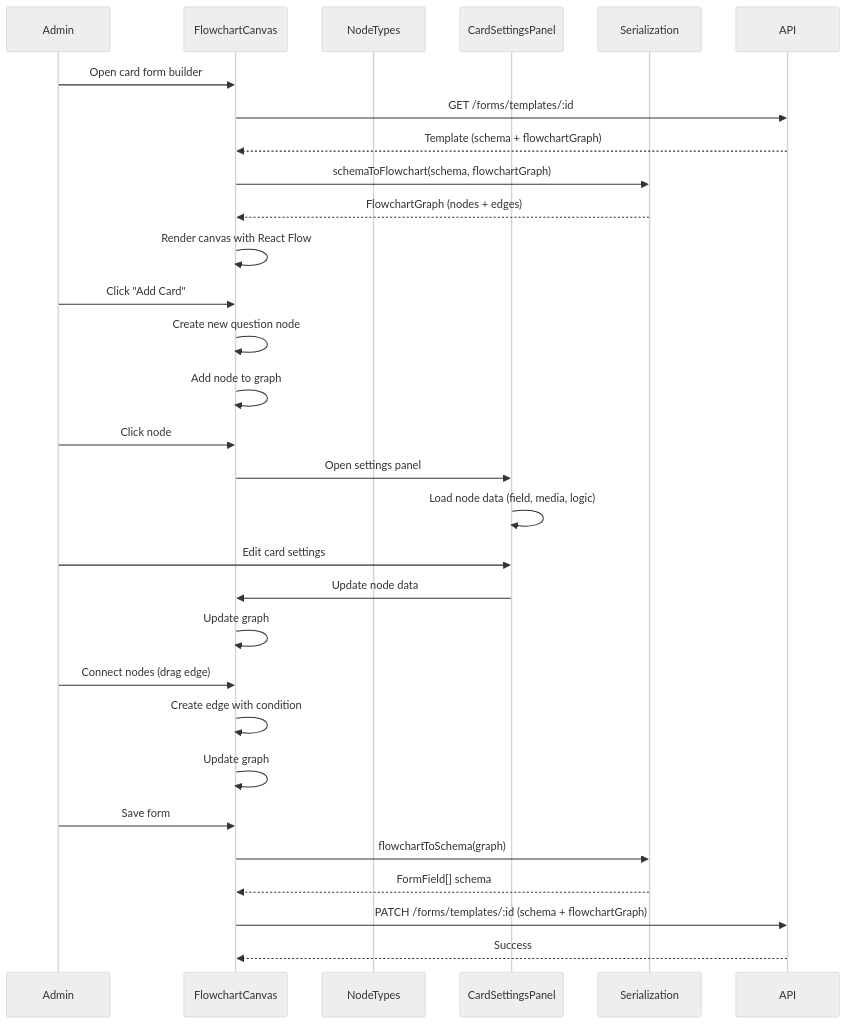
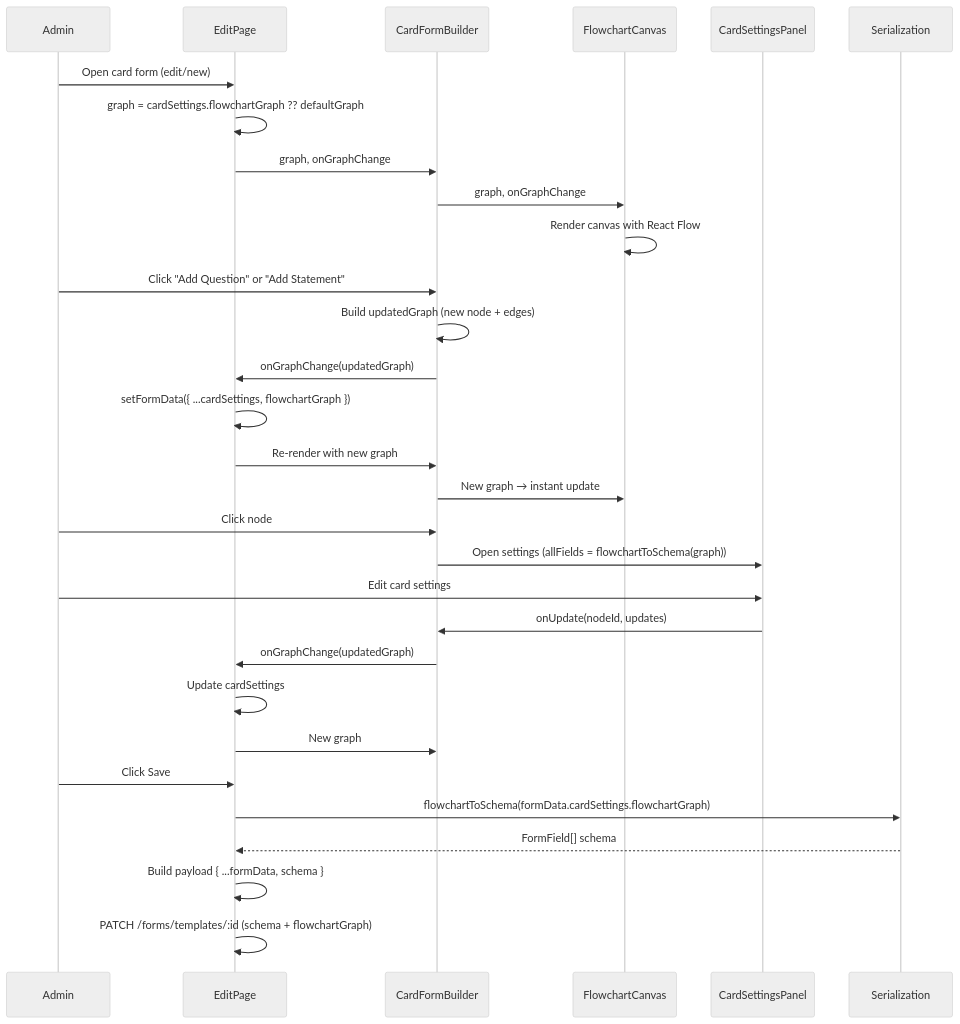
One commit to KennethAtchon/Loctelli changed the fourth of 11 diagrams in .helper/architecture/08-form-system.md. Above: the diagram before and after it, drawn with Mermaid (neutral theme). The commit also changed other lines of this file and 14 other files, not shown here.

First line of the commit message:
Refactor card form architecture and enhance error handling components

````diff
--- a/.helper/architecture/08-form-system.md
+++ b/.helper/architecture/08-form-system.md
@@ -316,37 +337,36 @@
 ```mermaid
 sequenceDiagram
     participant Admin
+    participant EditPage
+    participant CardFormBuilder
     participant FlowchartCanvas
-    participant NodeTypes
     participant CardSettingsPanel
     participant Serialization
-    participant API
 
-    Admin->>FlowchartCanvas: Open card form builder
-    FlowchartCanvas->>API: GET /forms/templates/:id
-    API-->>FlowchartCanvas: Template (schema + flowchartGraph)
-    FlowchartCanvas->>Serialization: schemaToFlowchart(schema, flowchartGraph)
-    Serialization-->>FlowchartCanvas: FlowchartGraph (nodes + edges)
+    Admin->>EditPage: Open card form (edit/new)
+    EditPage->>EditPage: graph = cardSettings.flowchartGraph ?? defaultGraph
+    EditPage->>CardFormBuilder: graph, onGraphChange
+    CardFormBuilder->>FlowchartCanvas: graph, onGraphChange
     FlowchartCanvas->>FlowchartCanvas: Render canvas with React Flow
     
-    Admin->>FlowchartCanvas: Click "Add Card"
-    FlowchartCanvas->>FlowchartCanvas: Create new question node
-    FlowchartCanvas->>FlowchartCanvas: Add node to graph
+    Admin->>CardFormBuilder: Click "Add Question" or "Add Statement"
+    CardFormBuilder->>CardFormBuilder: Build updatedGraph (new node + edges)
+    CardFormBuilder->>EditPage: onGraphChange(updatedGraph)
+    EditPage->>EditPage: setFormData({ ...cardSettings, flowchartGraph })
+    EditPage->>CardFormBuilder: Re-render with new graph
+    CardFormBuilder->>FlowchartCanvas: New graph → instant update
     
-    Admin->>FlowchartCanvas: Click node
-    FlowchartCanvas->>CardSettingsPanel: Open settings panel
-    CardSettingsPanel->>CardSettingsPanel: Load node data (field, media, logic)
+    Admin->>CardFormBuilder: Click node
+    CardFormBuilder->>CardSettingsPanel: Open settings (allFields = flowchartToSchema(graph))
     Admin->>CardSettingsPanel: Edit card settings
-    CardSettingsPanel->>FlowchartCanvas: Update node data
-    FlowchartCanvas->>FlowchartCanvas: Update graph
+    CardSettingsPanel->>CardFormBuilder: onUpdate(nodeId, updates)
+    CardFormBuilder->>EditPage: onGraphChange(updatedGraph)
+    EditPage->>EditPage: Update cardSettings
+    EditPage->>CardFormBuilder: New graph
     
-    Admin->>FlowchartCanvas: Connect nodes (drag edge)
-    FlowchartCanvas->>FlowchartCanvas: Create edge with condition
-    FlowchartCanvas->>FlowchartCanvas: Update graph
-    
-    Admin->>FlowchartCanvas: Save form
-    FlowchartCanvas->>Serialization: flowchartToSchema(graph)
-    Serialization-->>FlowchartCanvas: FormField[] schema
-    FlowchartCanvas->>API: PATCH /forms/templates/:id (schema + flowchartGraph)
-    API-->>FlowchartCanvas: Success
+    Admin->>EditPage: Click Save
+    EditPage->>Serialization: flowchartToSchema(formData.cardSettings.flowchartGraph)
+    Serialization-->>EditPage: FormField[] schema
+    EditPage->>EditPage: Build payload { ...formData, schema }
+    EditPage->>EditPage: PATCH /forms/templates/:id (schema + flowchartGraph)
 ```
````
